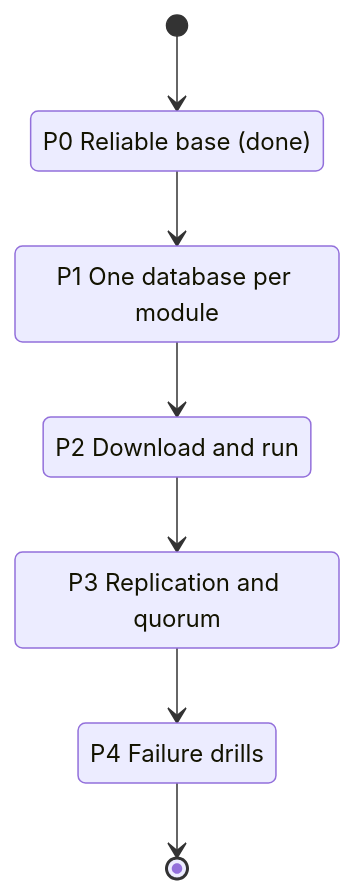
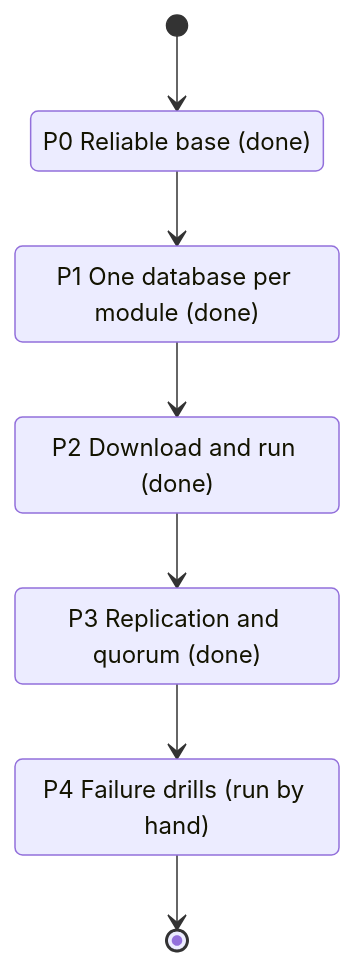
One commit to maysamgamini/crowdfundinghub changed the third of 3 diagrams in docs/LOCAL_DISTRIBUTION_AND_HA_PLAN.md. Above: the diagram before and after it, drawn with Mermaid. The commit also changed other lines of this file and 31 other files, not shown here.

````diff
--- a/docs/LOCAL_DISTRIBUTION_AND_HA_PLAN.md
+++ b/docs/LOCAL_DISTRIBUTION_AND_HA_PLAN.md
@@ -101,14 +101,14 @@
 ```mermaid
 stateDiagram-v2
   [*] --> P0
   P0: P0 Reliable base (done)
-  P1: P1 One database per module
-  P2: P2 Download and run
-  P3: P3 Replication and quorum
-  P4: P4 Failure drills
+  P1: P1 One database per module (done)
+  P2: P2 Download and run (done)
+  P3: P3 Replication and quorum (done)
+  P4: P4 Failure drills (run by hand)
   P0 --> P1
   P1 --> P2
   P2 --> P3
   P3 --> P4
   P4 --> [*]
 ```
````
